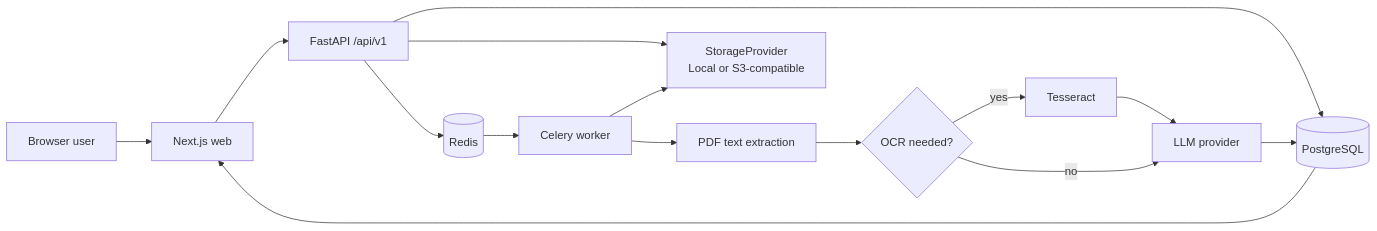
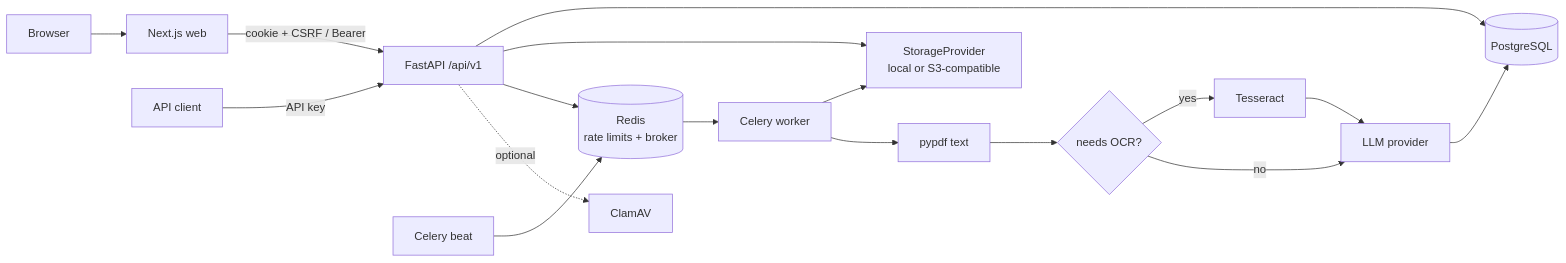
One commit to Santidelacarrera/DOCMIND_AI changed the diagram in README.md. Above: the diagram before and after it, drawn with Mermaid. The commit also changed other lines of this file and 8 other files, not shown here.

````diff
--- a/README.md
+++ b/README.md
@@ -18,17 +78,19 @@
 ```mermaid
 flowchart LR
-    U[Browser user] --> W[Next.js web]
-    W --> A[FastAPI /api/v1]
+    U[Browser] --> W[Next.js web]
+    W -->|cookie + CSRF / Bearer| A[FastAPI /api/v1]
+    K[API client] -->|API key| A
     A --> P[(PostgreSQL)]
-    A --> S[StorageProvider\nLocal or S3-compatible]
-    A --> R[(Redis)]
+    A --> S[StorageProvider<br/>local or S3-compatible]
+    A --> R[(Redis<br/>rate limits + broker)]
+    A -.->|optional| V[ClamAV]
     R --> C[Celery worker]
+    B[Celery beat] --> R
     C --> S
-    C --> X[PDF text extraction]
-    X --> O{OCR needed?}
+    C --> X[pypdf text]
+    X --> O{needs OCR?}
     O -->|yes| T[Tesseract]
     O -->|no| L[LLM provider]
     T --> L
     L --> P
-    P --> W
 ```
````
